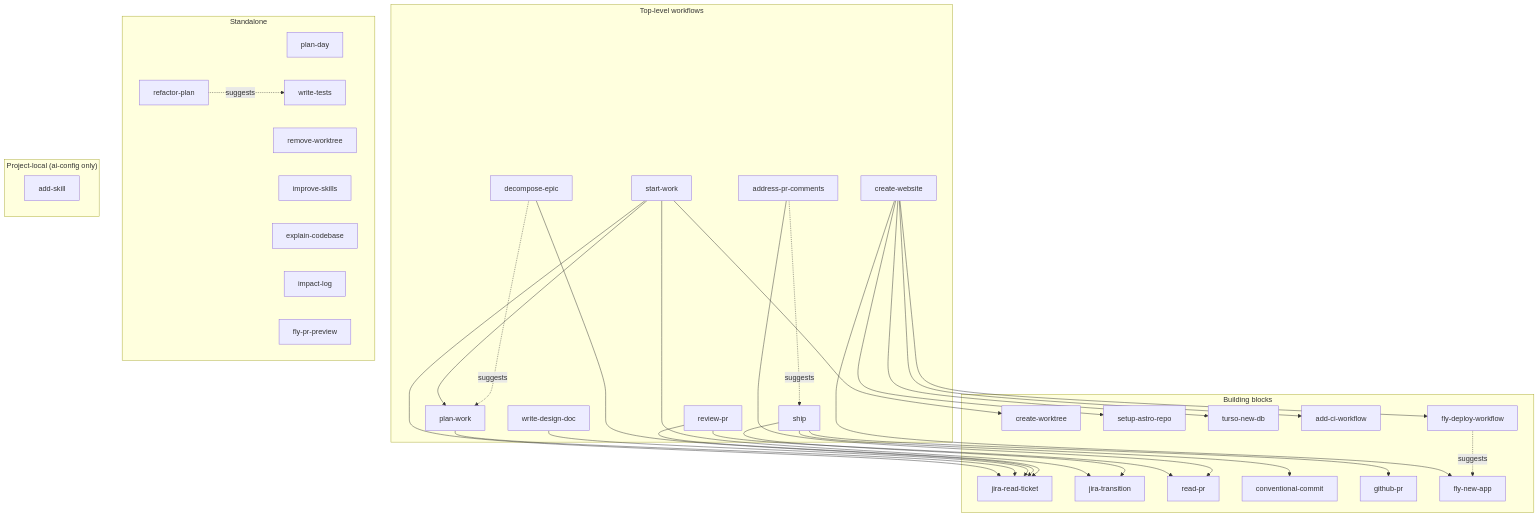
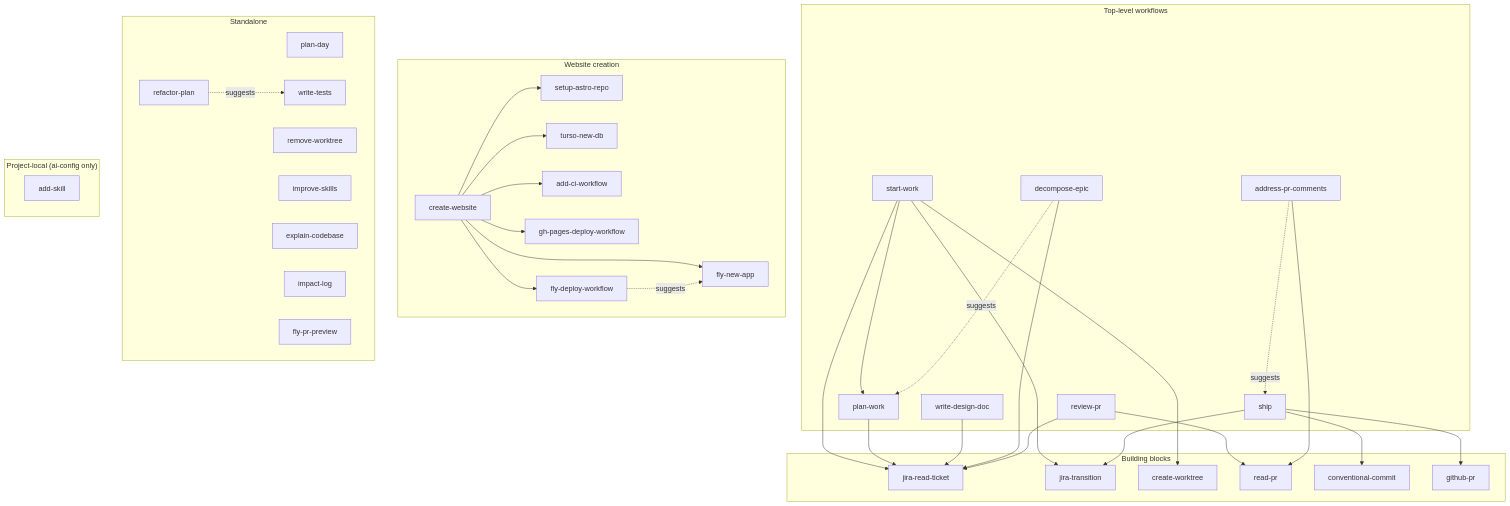
One commit to lanesawyer/ai-config changed the diagram in README.md. Above: the diagram before and after it, drawn with Mermaid. The commit also changed other lines of this file and 4 other files, not shown here.

First line of the commit message:
docs(skills): add static-site path to create-website flow (#5)

````diff
--- a/README.md
+++ b/README.md
@@ -60,73 +61,78 @@
 ```mermaid
 graph TD
     subgraph workflows[Top-level workflows]
         start-work
         ship
         review-pr
         address-pr-comments
         plan-work
         write-design-doc
         decompose-epic
-        create-website
     end
 
     subgraph blocks[Building blocks]
         jira-read-ticket
         jira-transition
         create-worktree
         read-pr
         conventional-commit
         github-pr
+    end
+
+    subgraph website[Website creation]
+        create-website
         setup-astro-repo
         turso-new-db
         fly-new-app
         add-ci-workflow
+        gh-pages-deploy-workflow
         fly-deploy-workflow
     end
 
     subgraph standalone[Standalone]
         plan-day
         remove-worktree
         write-tests
         improve-skills
         explain-codebase
         refactor-plan
         impact-log
         fly-pr-preview
     end
 
     subgraph local["Project-local (ai-config only)"]
         add-skill
     end
 
     start-work --> jira-read-ticket
     start-work --> jira-transition
     start-work --> create-worktree
     start-work --> plan-work
 
     plan-work --> jira-read-ticket
 
     write-design-doc --> jira-read-ticket
 
     decompose-epic --> jira-read-ticket
     decompose-epic -. suggests .-> plan-work
 
     refactor-plan -. suggests .-> write-tests
 
     ship --> conventional-commit
     ship --> github-pr
     ship --> jira-transition
 
     review-pr --> read-pr
     review-pr --> jira-read-ticket
 
     address-pr-comments --> read-pr
     address-pr-comments -. suggests .-> ship
 
     create-website --> setup-astro-repo
     create-website --> turso-new-db
     create-website --> fly-new-app
     create-website --> add-ci-workflow
+    create-website --> gh-pages-deploy-workflow
     create-website --> fly-deploy-workflow
     fly-deploy-workflow -. suggests .-> fly-new-app
 ```
````
